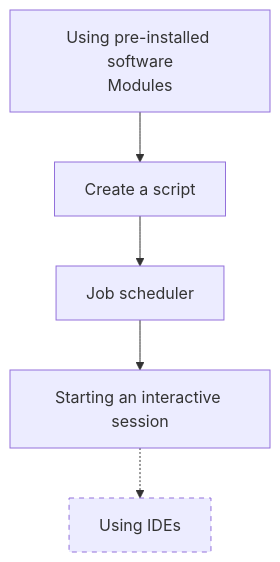
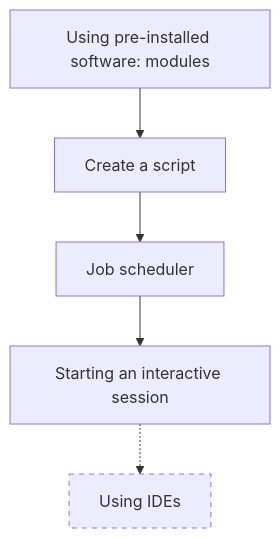
One commit to UPPMAX/uppmax_intro_day_1 changed the diagram in docs/sessions/introduction_real_work.md. Above: the diagram before and after it, drawn with Mermaid. The commit also changed 5 other files, not shown here.

````diff
--- a/docs/sessions/introduction_real_work.md
+++ b/docs/sessions/introduction_real_work.md
@@ -9,16 +9,16 @@
 ```mermaid
 flowchart TD
 
   classDef maybe_not_node stroke-dasharray: 5 5
 
   scripts[Create a script]
-  modules[Using pre-installed software\nModules]
+  modules[Using pre-installed software: modules]
   interactive[Starting an interactive session]
   job_scheduler[Job scheduler]
   ides[Using IDEs]:::maybe_not_node
 
   scripts --> job_scheduler
   modules --> scripts
   job_scheduler --> interactive
   interactive -.-> ides
 ```
````
